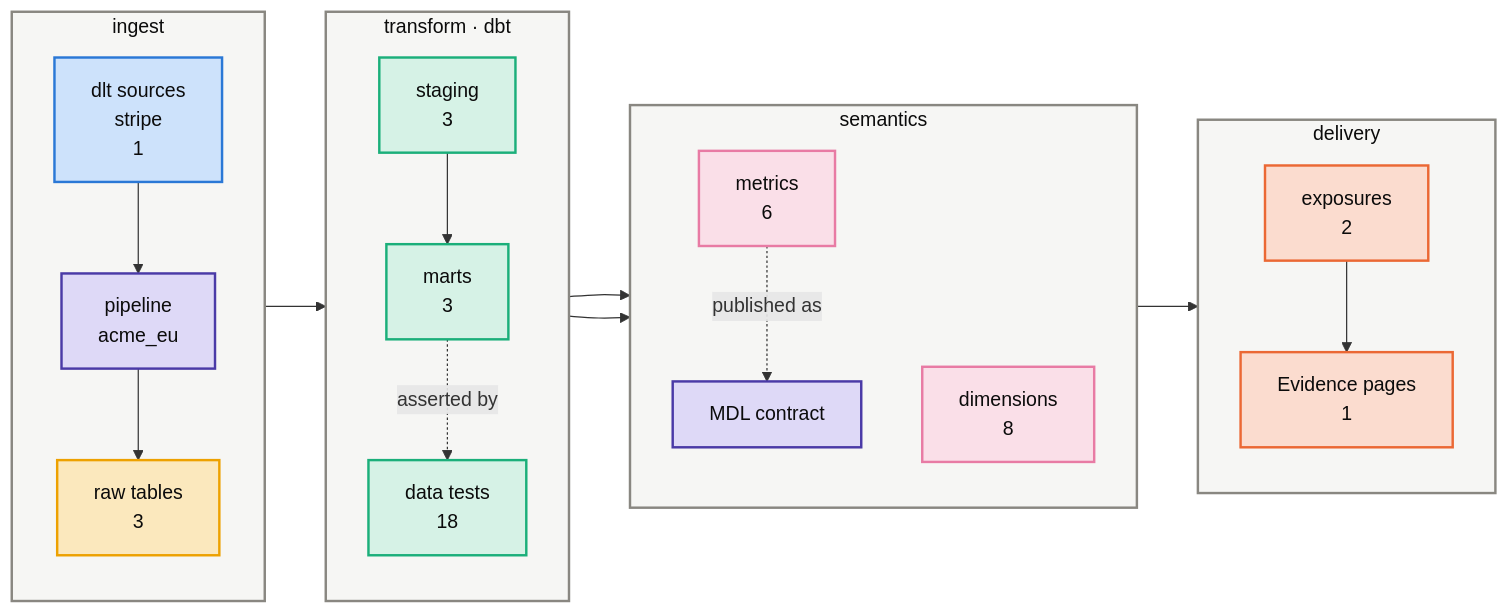
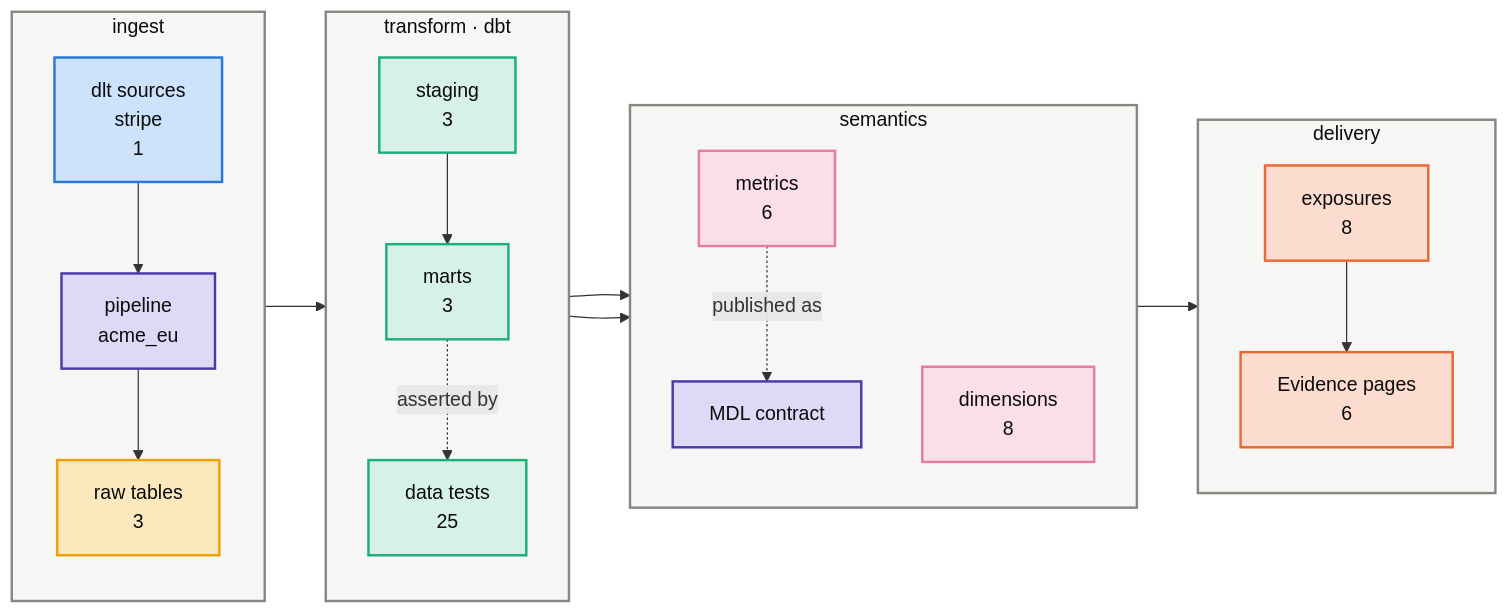
The first of 3 diagrams in groups/acme/projects/acme-eu/kg/architecture.md (Atomz-org/data-platform), drawn with Mermaid before and after one commit. The commit also changed other lines of this file and 8 other files, not shown here.

````diff
--- a/groups/acme/projects/acme-eu/kg/architecture.md
+++ b/groups/acme/projects/acme-eu/kg/architecture.md
@@ -10,41 +10,41 @@
 ```mermaid
 flowchart LR
     subgraph LI["ingest"]
         direction TB
         I1["dlt sources<br/>stripe<br/>1"]:::ingress
         I2["pipeline<br/>acme_eu"]:::platform
         I3["raw tables<br/>3"]:::raw
     end
     subgraph LT["transform · dbt"]
         direction TB
         T1["staging<br/>3"]:::model
         T2["marts<br/>3"]:::model
-        T3["data tests<br/>18"]:::model
+        T3["data tests<br/>25"]:::model
     end
     subgraph LS["semantics"]
         direction TB
         S1["metrics<br/>6"]:::metric
         S2["dimensions<br/>8"]:::metric
         S3["MDL contract"]:::platform
     end
     subgraph LD["delivery"]
         direction TB
-        D1["exposures<br/>2"]:::exposure
-        D2["Evidence pages<br/>1"]:::exposure
+        D1["exposures<br/>8"]:::exposure
+        D2["Evidence pages<br/>6"]:::exposure
     end
     I1 --> I2 --> I3 --> T1 --> T2
     T2 --> S1 --> D1 --> D2
     T2 --> S2
     S1 -.published as.-> S3
     T2 -.asserted by.-> T3
     classDef ingress fill:#cde2fb,stroke:#2a78d6,stroke-width:2px,color:#0b0b0b
     classDef platform fill:#ded9f7,stroke:#4a3aa7,stroke-width:2px,color:#0b0b0b
     classDef raw fill:#fbe8bd,stroke:#eda100,stroke-width:2px,color:#0b0b0b
     classDef model fill:#d6f2e6,stroke:#1baf7a,stroke-width:2px,color:#0b0b0b
     classDef metric fill:#fadfe8,stroke:#e87ba4,stroke-width:2px,color:#0b0b0b
     classDef exposure fill:#fbdccf,stroke:#eb6834,stroke-width:2px,color:#0b0b0b
     classDef neutral fill:#e8e7e2,stroke:#898781,stroke-width:2px,color:#0b0b0b
     classDef project fill:#e3eefc,stroke:#2a78d6,stroke-width:2px,color:#0b0b0b
     classDef lane fill:#f6f6f4,stroke:#898781,stroke-width:2px,color:#0b0b0b
     class LI,LT,LS,LD lane
 ```
````
